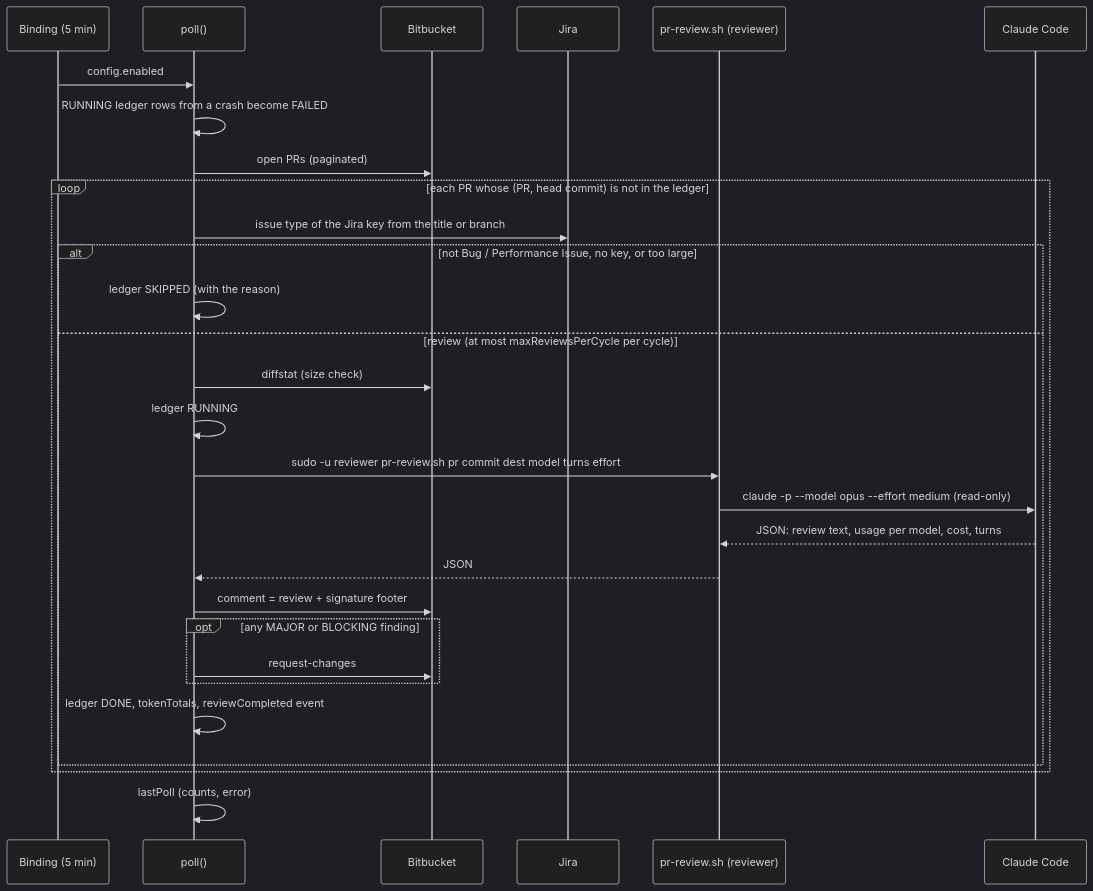
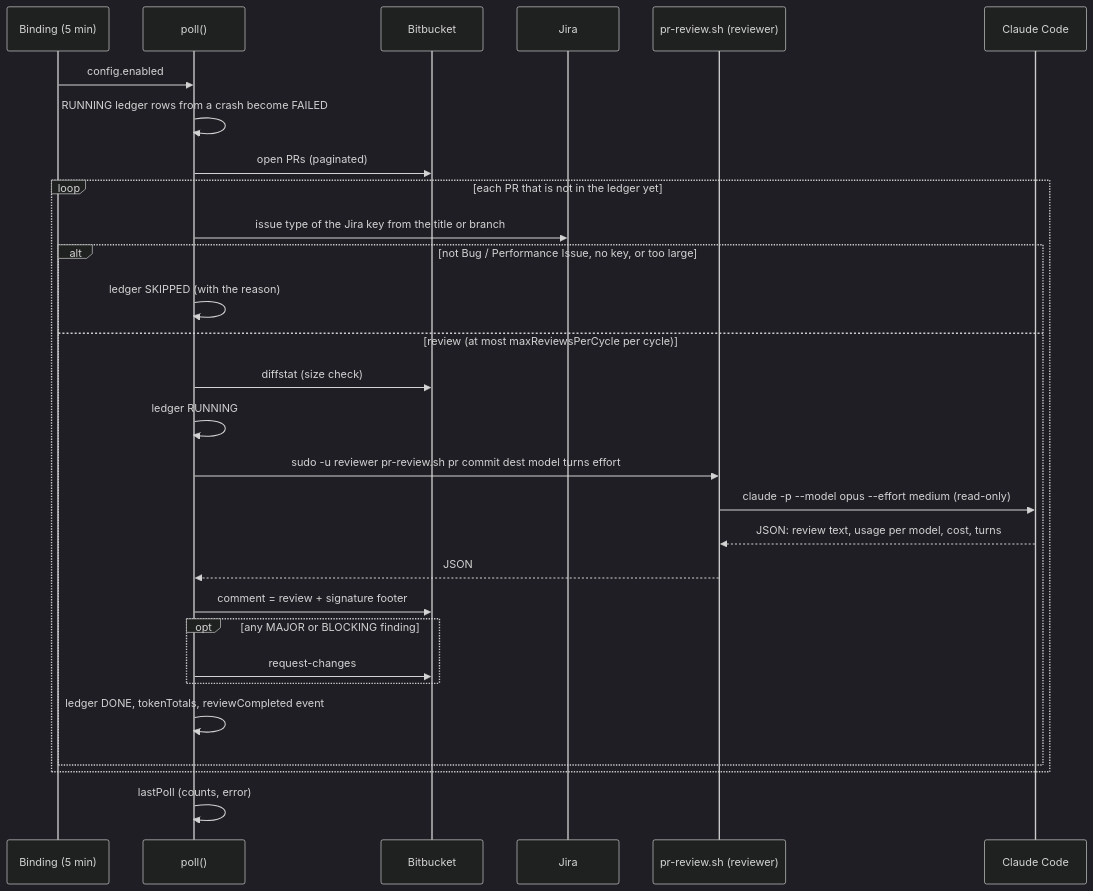
Before and after one commit to etojesaandro/lowcode-pr-reviewer: the second of 2 diagrams in docs/ARCHITECTURE.md, drawn with Mermaid (dark theme). The commit also changed other lines of this file and 4 other files, not shown here.

````diff
--- a/docs/ARCHITECTURE.md
+++ b/docs/ARCHITECTURE.md
@@ -50,31 +50,31 @@
 ```mermaid
 sequenceDiagram
   participant T as Binding (5 min)
   participant P as poll()
   participant BB as Bitbucket
   participant J as Jira
   participant RS as pr-review.sh (reviewer)
   participant CL as Claude Code
   T->>P: config.enabled
   P->>P: RUNNING ledger rows from a crash become FAILED
   P->>BB: open PRs (paginated)
-  loop each PR whose (PR, head commit) is not in the ledger
+  loop each PR that is not in the ledger yet
     P->>J: issue type of the Jira key from the title or branch
     alt not Bug / Performance Issue, no key, or too large
       P->>P: ledger SKIPPED (with the reason)
     else review (at most maxReviewsPerCycle per cycle)
       P->>BB: diffstat (size check)
       P->>P: ledger RUNNING
       P->>RS: sudo -u reviewer pr-review.sh pr commit dest model turns effort
       RS->>CL: claude -p --model opus --effort medium (read-only)
       CL-->>RS: JSON: review text, usage per model, cost, turns
       RS-->>P: JSON
       P->>BB: comment = review + signature footer
       opt any MAJOR or BLOCKING finding
         P->>BB: request-changes
       end
       P->>P: ledger DONE, tokenTotals, reviewCompleted event
     end
   end
   P->>P: lastPoll (counts, error)
 ```
````
